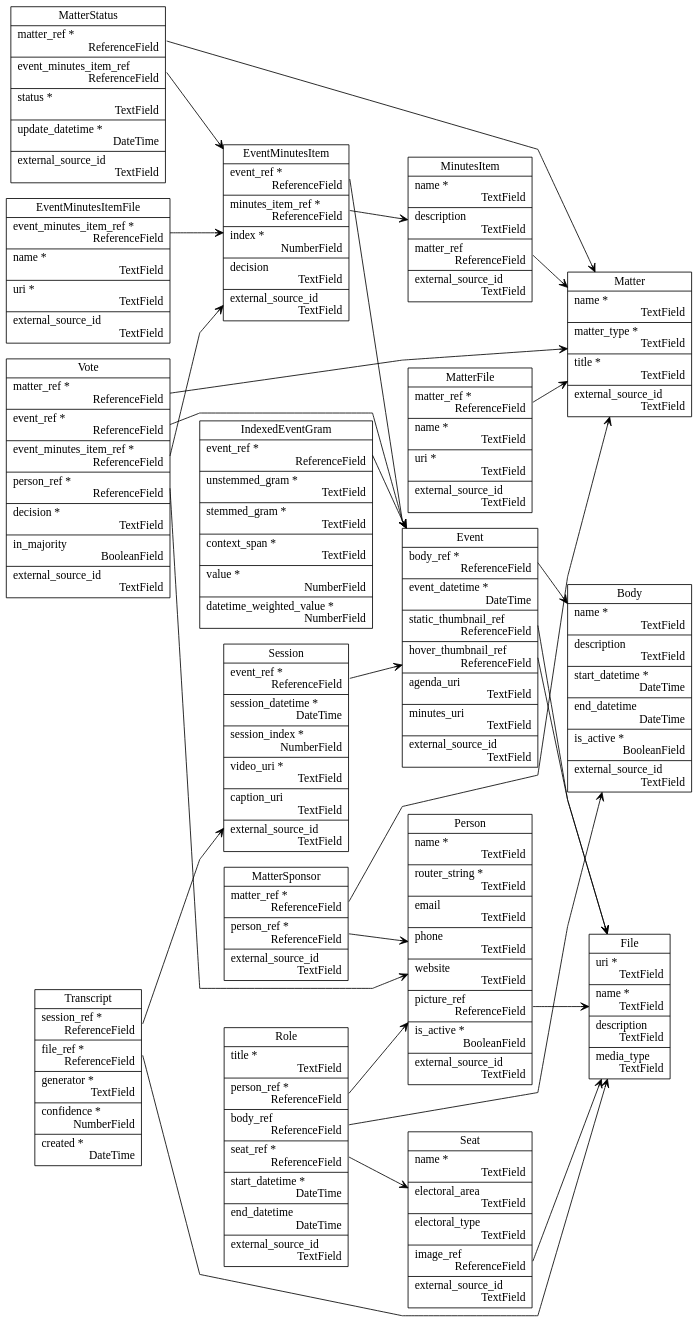
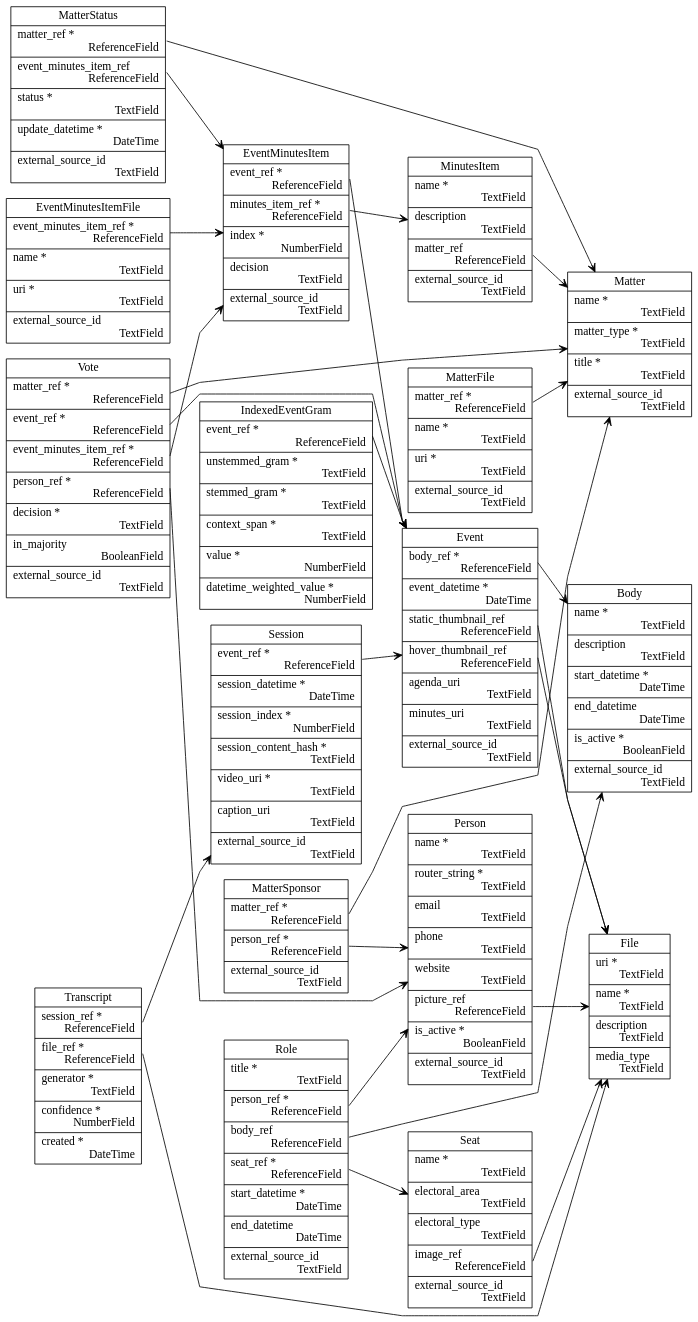
One commit to CouncilDataProject/cdp-backend changed the diagram in _static/cdp_database_diagram.dot. Above: the diagram before and after it, drawn with Graphviz. The commit also changed 20 other files, not shown here.

```diff
--- a/_static/cdp_database_diagram.dot
+++ b/_static/cdp_database_diagram.dot
@@ -1,48 +1,48 @@
 // CDP Database Diagram
 digraph {
 	graph [bgcolor=transparent rankdir=LR splines=compound]
 	node [fillcolor=white shape=record style=filled]
 	edge [arrowhead=vee]
 	Body [label="Body | name *\l  TextField\r|description\l  TextField\r|start_datetime *\l  DateTime\r|end_datetime\l  DateTime\r|is_active *\l  BooleanField\r|external_source_id\l  TextField\r"]
 	Event [label="Event | <body_ref> body_ref *\l  ReferenceField\r|event_datetime *\l  DateTime\r|<static_thumbnail_ref> static_thumbnail_ref\l  ReferenceField\r|<hover_thumbnail_ref> hover_thumbnail_ref\l  ReferenceField\r|agenda_uri\l  TextField\r|minutes_uri\l  TextField\r|external_source_id\l  TextField\r"]
 	EventMinutesItem [label="EventMinutesItem | <event_ref> event_ref *\l  ReferenceField\r|<minutes_item_ref> minutes_item_ref *\l  ReferenceField\r|index *\l  NumberField\r|decision\l  TextField\r|external_source_id\l  TextField\r"]
 	EventMinutesItemFile [label="EventMinutesItemFile | <event_minutes_item_ref> event_minutes_item_ref *\l  ReferenceField\r|name *\l  TextField\r|uri *\l  TextField\r|external_source_id\l  TextField\r"]
 	File [label="File | uri *\l  TextField\r|name *\l  TextField\r|description\l  TextField\r|media_type\l  TextField\r"]
 	IndexedEventGram [label="IndexedEventGram | <event_ref> event_ref *\l  ReferenceField\r|unstemmed_gram *\l  TextField\r|stemmed_gram *\l  TextField\r|context_span *\l  TextField\r|value *\l  NumberField\r|datetime_weighted_value *\l  NumberField\r"]
 	Matter [label="Matter | name *\l  TextField\r|matter_type *\l  TextField\r|title *\l  TextField\r|external_source_id\l  TextField\r"]
 	MatterFile [label="MatterFile | <matter_ref> matter_ref *\l  ReferenceField\r|name *\l  TextField\r|uri *\l  TextField\r|external_source_id\l  TextField\r"]
 	MatterSponsor [label="MatterSponsor | <matter_ref> matter_ref *\l  ReferenceField\r|<person_ref> person_ref *\l  ReferenceField\r|external_source_id\l  TextField\r"]
 	MatterStatus [label="MatterStatus | <matter_ref> matter_ref *\l  ReferenceField\r|<event_minutes_item_ref> event_minutes_item_ref\l  ReferenceField\r|status *\l  TextField\r|update_datetime *\l  DateTime\r|external_source_id\l  TextField\r"]
 	MinutesItem [label="MinutesItem | name *\l  TextField\r|description\l  TextField\r|<matter_ref> matter_ref\l  ReferenceField\r|external_source_id\l  TextField\r"]
 	Person [label="Person | name *\l  TextField\r|router_string *\l  TextField\r|email\l  TextField\r|phone\l  TextField\r|website\l  TextField\r|<picture_ref> picture_ref\l  ReferenceField\r|is_active *\l  BooleanField\r|external_source_id\l  TextField\r"]
 	Role [label="Role | title *\l  TextField\r|<person_ref> person_ref *\l  ReferenceField\r|<body_ref> body_ref\l  ReferenceField\r|<seat_ref> seat_ref *\l  ReferenceField\r|start_datetime *\l  DateTime\r|end_datetime\l  DateTime\r|external_source_id\l  TextField\r"]
 	Seat [label="Seat | name *\l  TextField\r|electoral_area\l  TextField\r|electoral_type\l  TextField\r|<image_ref> image_ref\l  ReferenceField\r|external_source_id\l  TextField\r"]
-	Session [label="Session | <event_ref> event_ref *\l  ReferenceField\r|session_datetime *\l  DateTime\r|session_index *\l  NumberField\r|video_uri *\l  TextField\r|caption_uri\l  TextField\r|external_source_id\l  TextField\r"]
+	Session [label="Session | <event_ref> event_ref *\l  ReferenceField\r|session_datetime *\l  DateTime\r|session_index *\l  NumberField\r|session_content_hash *\l  TextField\r|video_uri *\l  TextField\r|caption_uri\l  TextField\r|external_source_id\l  TextField\r"]
 	Transcript [label="Transcript | <session_ref> session_ref *\l  ReferenceField\r|<file_ref> file_ref *\l  ReferenceField\r|generator *\l  TextField\r|confidence *\l  NumberField\r|created *\l  DateTime\r"]
 	Vote [label="Vote | <matter_ref> matter_ref *\l  ReferenceField\r|<event_ref> event_ref *\l  ReferenceField\r|<event_minutes_item_ref> event_minutes_item_ref *\l  ReferenceField\r|<person_ref> person_ref *\l  ReferenceField\r|decision *\l  TextField\r|in_majority\l  BooleanField\r|external_source_id\l  TextField\r"]
 	Event:body_ref -> Body
 	Event:static_thumbnail_ref -> File
 	Event:hover_thumbnail_ref -> File
 	EventMinutesItem:event_ref -> Event
 	EventMinutesItem:minutes_item_ref -> MinutesItem
 	EventMinutesItemFile:event_minutes_item_ref -> EventMinutesItem
 	IndexedEventGram:event_ref -> Event
 	MatterFile:matter_ref -> Matter
 	MatterSponsor:matter_ref -> Matter
 	MatterSponsor:person_ref -> Person
 	MatterStatus:matter_ref -> Matter
 	MatterStatus:event_minutes_item_ref -> EventMinutesItem
 	MinutesItem:matter_ref -> Matter
 	Person:picture_ref -> File
 	Role:person_ref -> Person
 	Role:body_ref -> Body
 	Role:seat_ref -> Seat
 	Seat:image_ref -> File
 	Session:event_ref -> Event
 	Transcript:session_ref -> Session
 	Transcript:file_ref -> File
 	Vote:matter_ref -> Matter
 	Vote:event_ref -> Event
 	Vote:event_minutes_item_ref -> EventMinutesItem
 	Vote:person_ref -> Person
 }
```
